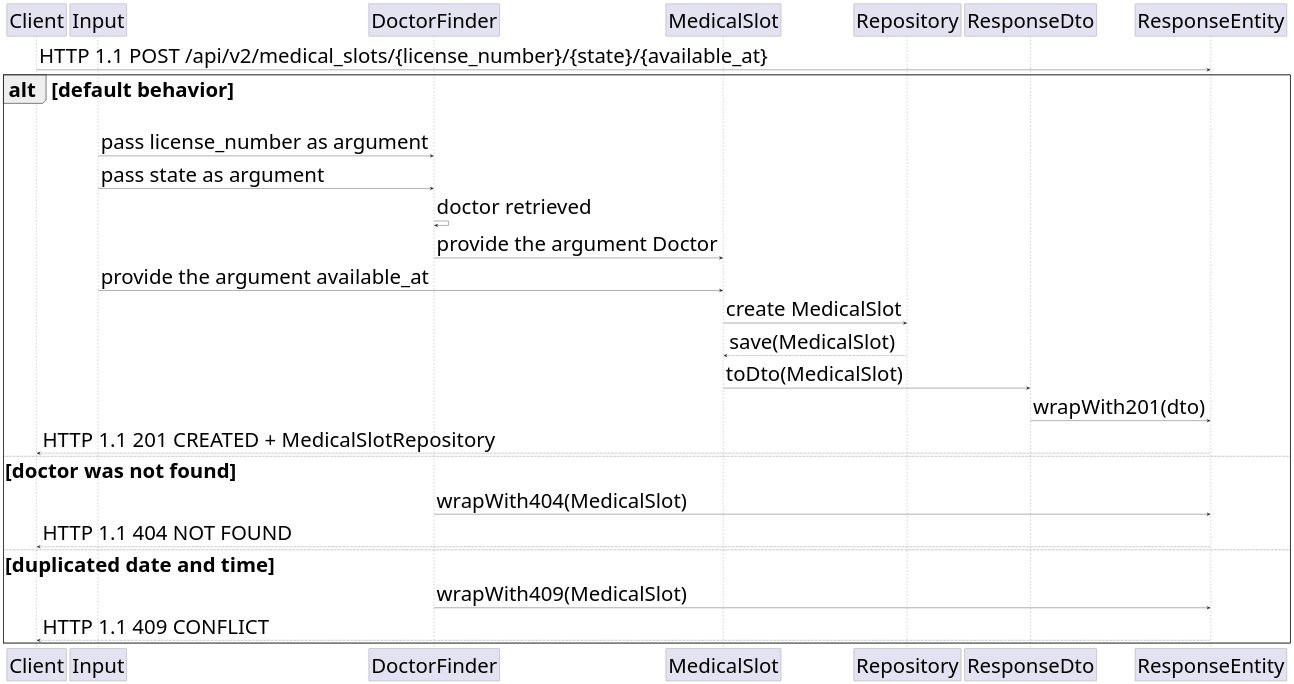
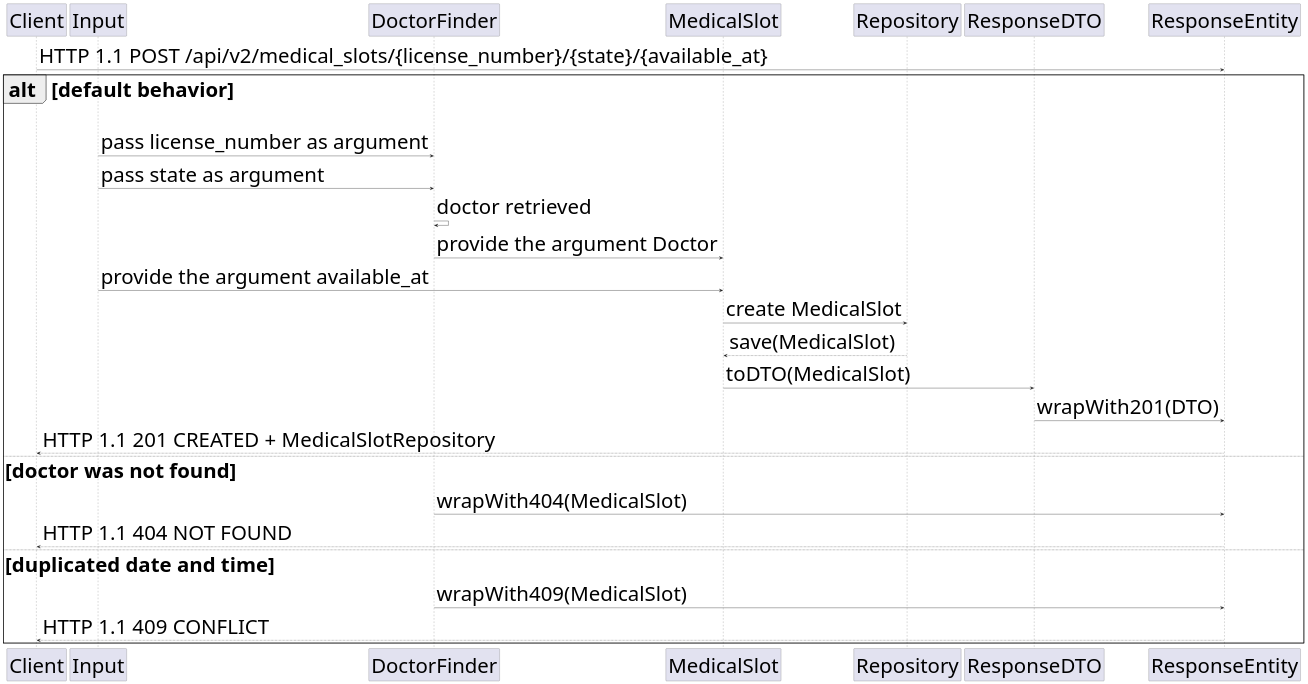
One commit to LazaroDamasceno/Dissertacao-Mestrado changed the diagram in codes/medical_slot_registration_sequence_diagram.wsd. Above: the diagram before and after it, drawn with PlantUML. The commit also changed 18 other files, not shown here.

```diff
--- a/codes/medical_slot_registration_sequence_diagram.wsd
+++ b/codes/medical_slot_registration_sequence_diagram.wsd
@@ -1,51 +1,51 @@
 @startuml
 
 skinparam defaultFontSize 60
 
 participant "Client"
 participant "Input"
 participant "DoctorFinder" as finder
 participant "MedicalSlot" as ms 
 participant "Repository" as repository
-participant "ResponseDto" as responseDto
+participant "ResponseDTO" as responseDTO
 participant "ResponseEntity"
 
 Client -> ResponseEntity: HTTP 1.1 POST /api/v2/medical_slots/{license_number}/{state}/{available_at}
 
 alt default behavior
 
 Input -> finder: pass license_number as argument
 
 Input -> finder: pass state as argument
 
 finder -> finder: doctor retrieved
 
 finder -> ms: provide the argument Doctor
 
 Input -> ms: provide the argument available_at
 
 ms -> repository: create MedicalSlot
 
 ms <-- repository: save(MedicalSlot)
 
-ms -> responseDto: toDto(MedicalSlot)
+ms -> responseDTO: toDTO(MedicalSlot)
 
-responseDto -> ResponseEntity: wrapWith201(dto)
+responseDTO -> ResponseEntity: wrapWith201(DTO)
 
 Client <-- ResponseEntity: HTTP 1.1 201 CREATED + MedicalSlotRepository
 
 else doctor was not found
 
 finder -> ResponseEntity: wrapWith404(MedicalSlot)
 
 Client <-- ResponseEntity: HTTP 1.1 404 NOT FOUND
 
 else duplicated date and time
 
 finder -> ResponseEntity: wrapWith409(MedicalSlot)
 
 Client <-- ResponseEntity: HTTP 1.1 409 CONFLICT
 
 end
 
 @enduml
```
